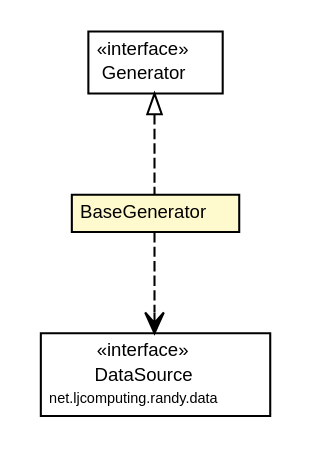
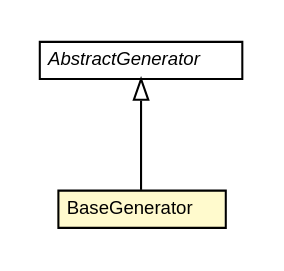
One commit to willmorejg/net.ljcomputing.randy changed the diagram in docs/javadoc/apidocs/net/ljcomputing/randy/generator/BaseGenerator.dot. Above: the diagram before and after it, drawn with Graphviz. The commit also changed 138 other files, not shown here.

```diff
--- a/docs/javadoc/apidocs/net/ljcomputing/randy/generator/BaseGenerator.dot
+++ b/docs/javadoc/apidocs/net/ljcomputing/randy/generator/BaseGenerator.dot
@@ -1,37 +1,26 @@
 #!/usr/local/bin/dot
 #
 # Class diagram 
 # Generated by UMLGraph version R5_6 (http://www.umlgraph.org/)
 #
 
 digraph G {
 	edge [fontname="Helvetica",fontsize=10,labelfontname="Helvetica",labelfontsize=10];
 	node [fontname="Helvetica",fontsize=10,shape=plaintext];
 	nodesep=0.25;
 	ranksep=0.5;
-	// net.ljcomputing.randy.data.DataSource
-	c125 [label=<<table title="net.ljcomputing.randy.data.DataSource" border="0" cellborder="1" cellspacing="0" cellpadding="2" port="p" href="../data/DataSource.html">
-		<tr><td><table border="0" cellspacing="0" cellpadding="1">
-<tr><td align="center" balign="center"> &#171;interface&#187; </td></tr>
-<tr><td align="center" balign="center"> DataSource </td></tr>
-<tr><td align="center" balign="center"><font point-size="7.0"> net.ljcomputing.randy.data </font></td></tr>
-		</table></td></tr>
-		</table>>, URL="../data/DataSource.html", fontname="Helvetica", fontcolor="black", fontsize=9.0];
 	// net.ljcomputing.randy.generator.BaseGenerator
-	c136 [label=<<table title="net.ljcomputing.randy.generator.BaseGenerator" border="0" cellborder="1" cellspacing="0" cellpadding="2" port="p" bgcolor="lemonChiffon" href="./BaseGenerator.html">
+	c198 [label=<<table title="net.ljcomputing.randy.generator.BaseGenerator" border="0" cellborder="1" cellspacing="0" cellpadding="2" port="p" bgcolor="lemonChiffon" href="./BaseGenerator.html">
 		<tr><td><table border="0" cellspacing="0" cellpadding="1">
 <tr><td align="center" balign="center"> BaseGenerator </td></tr>
 		</table></td></tr>
 		</table>>, URL="./BaseGenerator.html", fontname="Helvetica", fontcolor="black", fontsize=9.0];
-	// net.ljcomputing.randy.generator.Generator
-	c137 [label=<<table title="net.ljcomputing.randy.generator.Generator" border="0" cellborder="1" cellspacing="0" cellpadding="2" port="p" href="./Generator.html">
+	// net.ljcomputing.randy.generator.AbstractGenerator
+	c199 [label=<<table title="net.ljcomputing.randy.generator.AbstractGenerator" border="0" cellborder="1" cellspacing="0" cellpadding="2" port="p" href="./AbstractGenerator.html">
 		<tr><td><table border="0" cellspacing="0" cellpadding="1">
-<tr><td align="center" balign="center"> &#171;interface&#187; </td></tr>
-<tr><td align="center" balign="center"> Generator </td></tr>
+<tr><td align="center" balign="center"><font face="Helvetica-Oblique"> AbstractGenerator </font></td></tr>
 		</table></td></tr>
-		</table>>, URL="./Generator.html", fontname="Helvetica", fontcolor="black", fontsize=9.0];
-	//net.ljcomputing.randy.generator.BaseGenerator implements net.ljcomputing.randy.generator.Generator
-	c137:p -> c136:p [dir=back,arrowtail=empty,style=dashed];
-	// net.ljcomputing.randy.generator.BaseGenerator DEPEND net.ljcomputing.randy.data.DataSource
-	c136:p -> c125:p [taillabel="", label="", headlabel="", fontname="Helvetica", fontcolor="black", fontsize=10.0, color="black", arrowhead=open, style=dashed];
+		</table>>, URL="./AbstractGenerator.html", fontname="Helvetica", fontcolor="black", fontsize=9.0];
+	//net.ljcomputing.randy.generator.BaseGenerator extends net.ljcomputing.randy.generator.AbstractGenerator
+	c199:p -> c198:p [dir=back,arrowtail=empty];
 }
```
